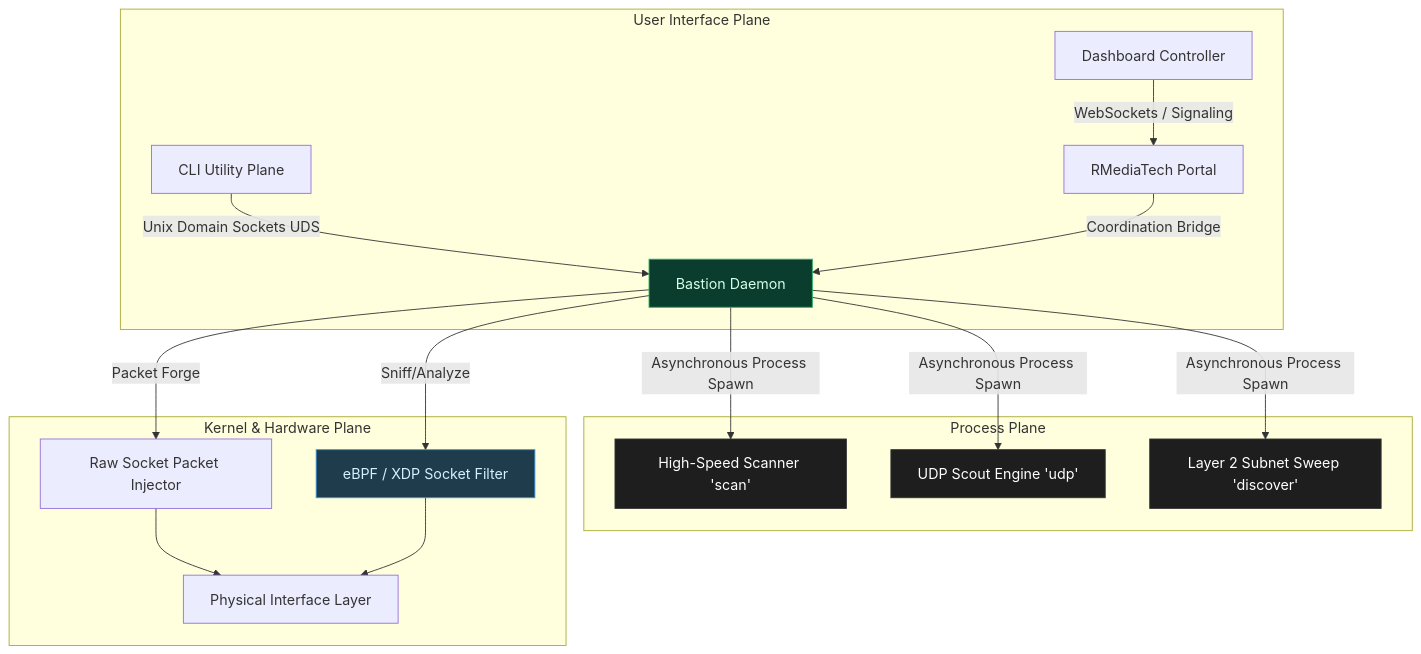
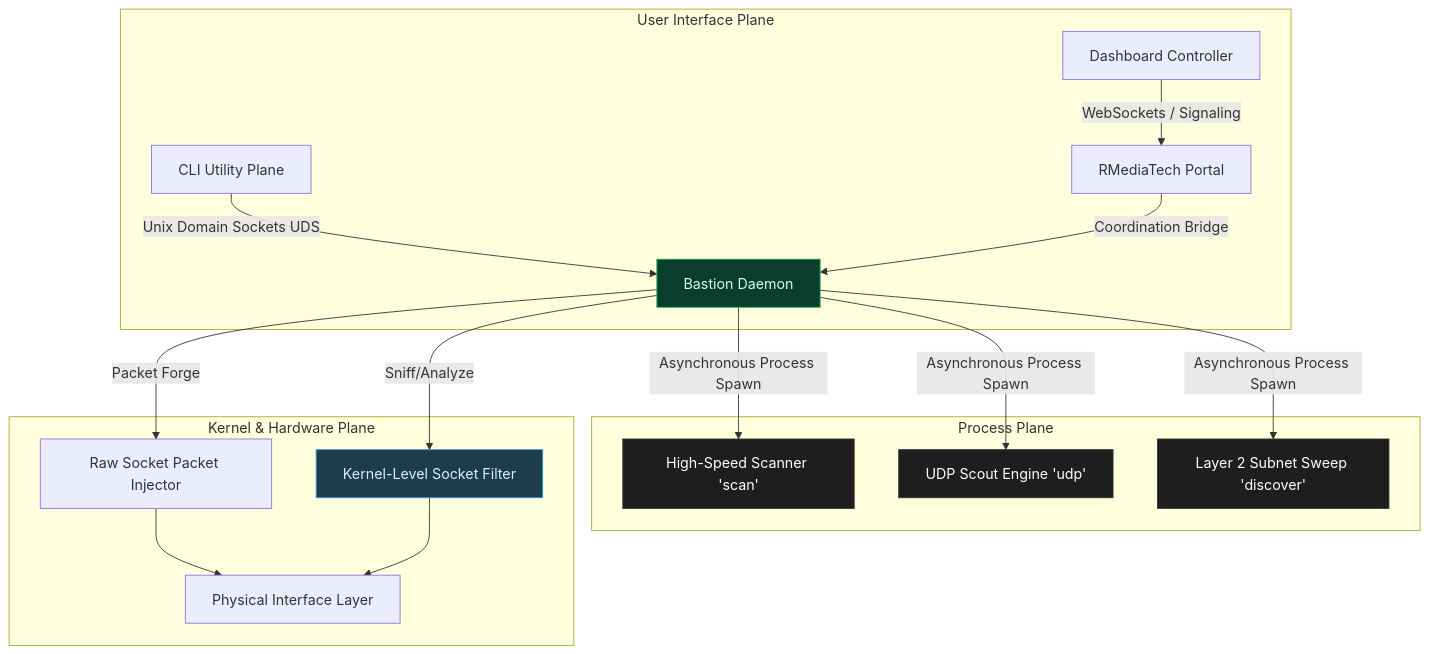
The diagram in README.md (xuoxod/bastion-docs), drawn with Mermaid before and after one commit. The commit also changed other lines of this file, not shown here.

````diff
--- a/README.md
+++ b/README.md
@@ -13,27 +13,27 @@
 ```mermaid
 flowchart TB
     subgraph User Interface Plane
         A[Dashboard Controller] -->|WebSockets / Signaling| B[RMediaTech Portal]
         C[CLI Utility Plane] -->|Unix Domain Sockets UDS| D[Bastion Daemon]
     end
 
     subgraph Process Plane
         B -->|Coordination Bridge| D
         D -->|Asynchronous Process Spawn| E[High-Speed Scanner 'scan']
         D -->|Asynchronous Process Spawn| F[UDP Scout Engine 'udp']
         D -->|Asynchronous Process Spawn| G[Layer 2 Subnet Sweep 'discover']
     end
 
     subgraph Kernel & Hardware Plane
         D -->|Packet Forge| H[Raw Socket Packet Injector]
-        D -->|Sniff/Analyze| I[eBPF / XDP Socket Filter]
+        D -->|Sniff/Analyze| I[Kernel-Level Socket Filter]
         H --> J[Physical Interface Layer]
         I --> J
     end
 
     style D fill:#0b3d2e,stroke:#27ae60,color:#d5ffe9,stroke-width:1px
     style I fill:#1f3c4d,stroke:#3498db,color:#d5f0ff,stroke-width:1px
     style E fill:#1e1e1e,stroke:#333,color:#fff
     style F fill:#1e1e1e,stroke:#333,color:#fff
     style G fill:#1e1e1e,stroke:#333,color:#fff
 ```
````
